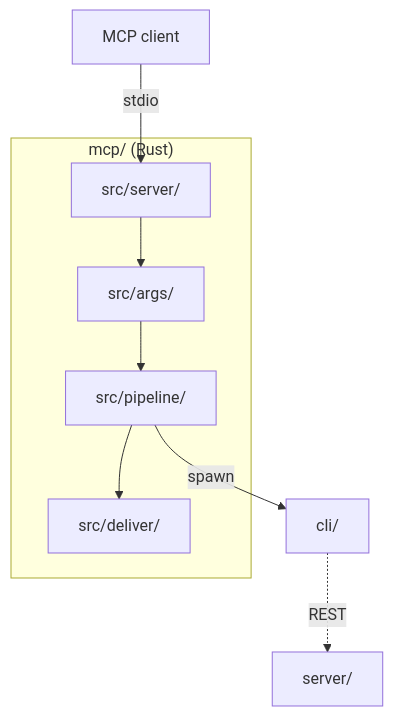
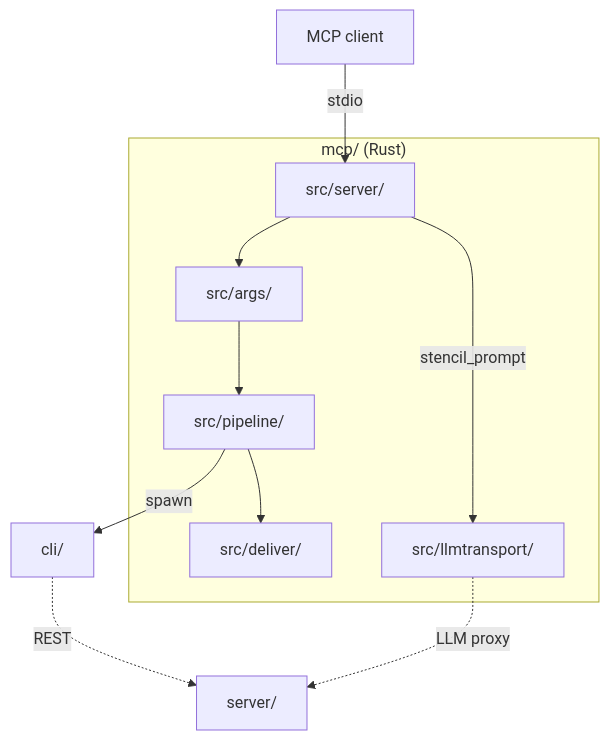
The first of 2 diagrams in mcp/ARCHITECTURE.md (andrew1407/stencil), drawn with Mermaid before and after one commit. The commit also changed other lines of this file and 3356 other files, not shown here.

````diff
--- a/mcp/ARCHITECTURE.md
+++ b/mcp/ARCHITECTURE.md
@@ -10,19 +10,22 @@
 ```mermaid
 graph TD
     CLIENT["MCP client"]
     subgraph MCP["mcp/ (Rust)"]
       SERVER["src/server/"]
       ARGS["src/args/"]
       PIPE["src/pipeline/"]
       DEL["src/deliver/"]
+      HTTP["src/llmtransport/"]
     end
     CLI["cli/"]
     SRV["server/"]
 
     CLIENT -->|"stdio"| SERVER
     SERVER --> ARGS
     ARGS --> PIPE
     PIPE -->|"spawn"| CLI
     PIPE --> DEL
+    SERVER -->|"stencil_prompt"| HTTP
+    HTTP -.->|"LLM proxy"| SRV
     CLI -.->|"REST"| SRV
 ```
````
